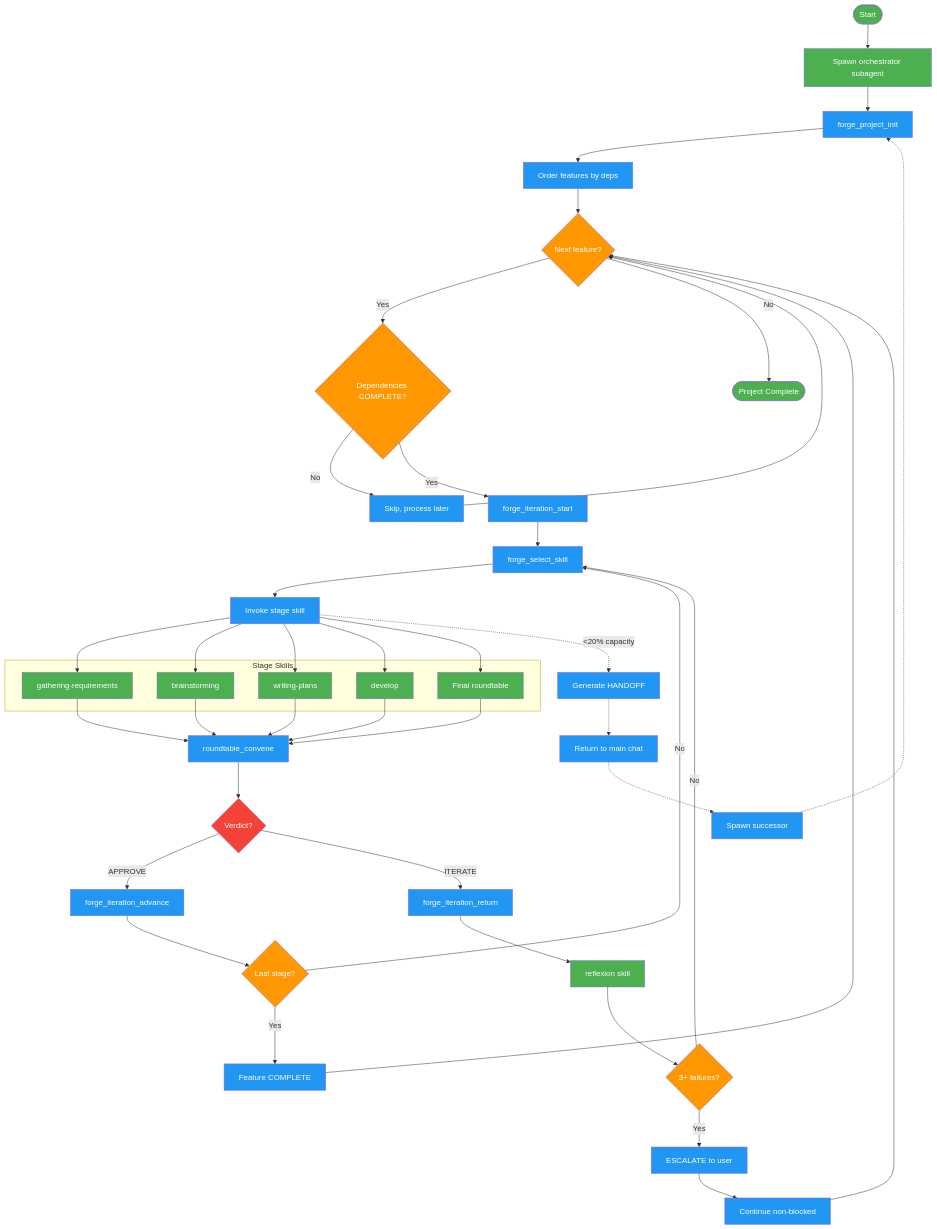
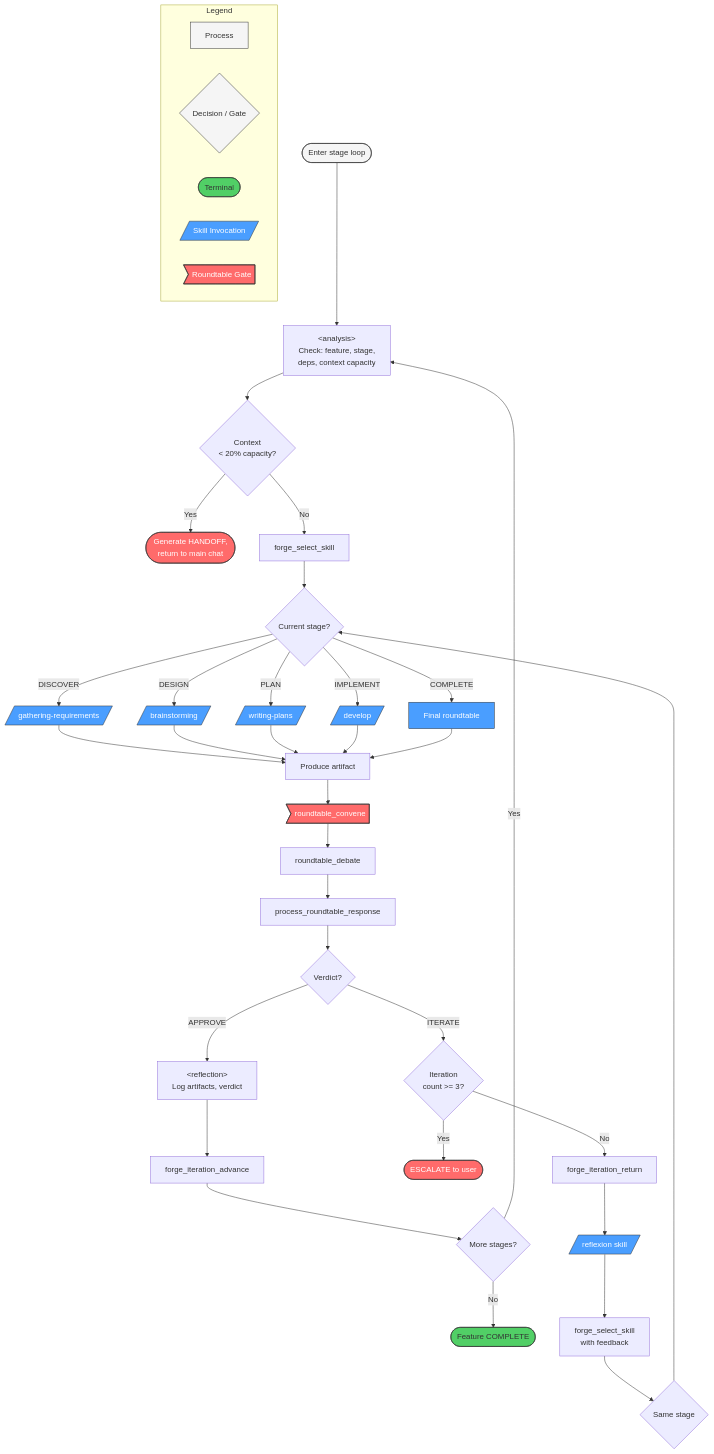
The second of 3 diagrams in docs/diagrams/skills/autonomous-roundtable.md (axiomantic/spellbook), drawn with Mermaid before and after one commit. The commit also changed other lines of this file and 217 other files, not shown here.

First line of the commit message:
Redesign develop skill execution model, add scope drift detection and dispatch enforcement

````diff
--- a/docs/diagrams/skills/autonomous-roundtable.md
+++ b/docs/diagrams/skills/autonomous-roundtable.md
@@ -6,92 +51,65 @@
 ```mermaid
-flowchart TD
-    Start([Start]) --> SpawnSub["Spawn orchestrator subagent"]
-    SpawnSub --> InitProject["forge_project_init"]
-    InitProject --> DepOrder["Order features by deps"]
-    DepOrder --> NextFeature{Next feature?}
-
-    NextFeature -->|Yes| CheckDeps{Dependencies COMPLETE?}
-    NextFeature -->|No| ProjectDone([Project Complete])
-
-    CheckDeps -->|No| SkipFeature["Skip, process later"]
-    CheckDeps -->|Yes| IterStart["forge_iteration_start"]
-    SkipFeature --> NextFeature
-
-    IterStart --> SelectSkill["forge_select_skill"]
-    SelectSkill --> InvokeSkill["Invoke stage skill"]
-
-    subgraph Stages["Stage Skills"]
-        Discover["gathering-requirements"]
-        Design["brainstorming"]
-        Plan["writing-plans"]
-        Implement["develop"]
-        Complete["Final roundtable"]
+graph TD
+    subgraph Legend
+        L1[Process]
+        L2{Decision / Gate}
+        L3([Terminal])
+        L4[/Skill Invocation/]
+        LG>Roundtable Gate]
+        style L1 fill:#f5f5f5,stroke:#333
+        style L2 fill:#f5f5f5,stroke:#333
+        style L3 fill:#51cf66,stroke:#333
+        style L4 fill:#4a9eff,stroke:#333,color:#fff
+        style LG fill:#ff6b6b,stroke:#333,color:#fff
     end
 
-    InvokeSkill --> Discover
-    InvokeSkill --> Design
-    InvokeSkill --> Plan
-    InvokeSkill --> Implement
-    InvokeSkill --> Complete
+    ENTRY([Enter stage loop]) --> ANALYSIS["&lt;analysis&gt;<br>Check: feature, stage,<br>deps, context capacity"]
+    ANALYSIS --> CTX_CHECK{Context<br>< 20% capacity?}
 
-    Discover --> Roundtable
-    Design --> Roundtable
-    Plan --> Roundtable
-    Implement --> Roundtable
-    Complete --> Roundtable
+    CTX_CHECK -->|Yes| HANDOFF([Generate HANDOFF,<br>return to main chat])
+    CTX_CHECK -->|No| SELECT[forge_select_skill]
 
-    Roundtable["roundtable_convene"]
-    Roundtable --> Verdict{Verdict?}
+    SELECT --> STAGE{Current stage?}
+    STAGE -->|DISCOVER| S1[/gathering-requirements/]
+    STAGE -->|DESIGN| S2[/brainstorming/]
+    STAGE -->|PLAN| S3[/writing-plans/]
+    STAGE -->|IMPLEMENT| S4[/develop/]
+    STAGE -->|COMPLETE| S5[Final roundtable]
 
-    Verdict -->|APPROVE| Advance["forge_iteration_advance"]
-    Verdict -->|ITERATE| IterReturn["forge_iteration_return"]
+    S1 --> ARTIFACT[Produce artifact]
+    S2 --> ARTIFACT
+    S3 --> ARTIFACT
+    S4 --> ARTIFACT
+    S5 --> ARTIFACT
 
-    Advance --> LastStage{Last stage?}
-    LastStage -->|No| SelectSkill
-    LastStage -->|Yes| FeatureDone["Feature COMPLETE"]
-    FeatureDone --> NextFeature
+    ARTIFACT --> RT>roundtable_convene]
+    RT --> DEBATE[roundtable_debate]
+    DEBATE --> PROCESS[process_roundtable_response]
+    PROCESS --> VERDICT{Verdict?}
 
-    IterReturn --> Reflexion["reflexion skill"]
-    Reflexion --> FailCount{3+ failures?}
-    FailCount -->|Yes| Escalate["ESCALATE to user"]
-    FailCount -->|No| SelectSkill
+    VERDICT -->|APPROVE| REFLECT["&lt;reflection&gt;<br>Log artifacts, verdict"]
+    REFLECT --> ADVANCE[forge_iteration_advance]
+    ADVANCE --> NEXT_STAGE{More stages?}
+    NEXT_STAGE -->|Yes| ANALYSIS
+    NEXT_STAGE -->|No| FEATURE_DONE([Feature COMPLETE])
 
-    Escalate --> ContinueOthers["Continue non-blocked"]
-    ContinueOthers --> NextFeature
+    VERDICT -->|ITERATE| FAIL_COUNT{Iteration<br>count >= 3?}
+    FAIL_COUNT -->|Yes| ESCALATE_OUT([ESCALATE to user])
+    FAIL_COUNT -->|No| RETURN[forge_iteration_return]
+    RETURN --> REFLEXION[/reflexion skill/]
+    REFLEXION --> RESELECT[forge_select_skill<br>with feedback]
+    RESELECT --> RETRY_STAGE{Same stage}
+    RETRY_STAGE --> STAGE
 
-    %% Context overflow
-    InvokeSkill -.->|"<20% capacity"| Handoff["Generate HANDOFF"]
-    Handoff -.-> ReturnMain["Return to main chat"]
-    ReturnMain -.-> SpawnSuccessor["Spawn successor"]
-    SpawnSuccessor -.-> InitProject
-
-    style Start fill:#4CAF50,color:#fff
-    style ProjectDone fill:#4CAF50,color:#fff
-    style SpawnSub fill:#4CAF50,color:#fff
-    style Discover fill:#4CAF50,color:#fff
-    style Design fill:#4CAF50,color:#fff
-    style Plan fill:#4CAF50,color:#fff
-    style Implement fill:#4CAF50,color:#fff
-    style Complete fill:#4CAF50,color:#fff
-    style Reflexion fill:#4CAF50,color:#fff
-    style InitProject fill:#2196F3,color:#fff
-    style DepOrder fill:#2196F3,color:#fff
-    style SkipFeature fill:#2196F3,color:#fff
-    style IterStart fill:#2196F3,color:#fff
-    style SelectSkill fill:#2196F3,color:#fff
-    style InvokeSkill fill:#2196F3,color:#fff
-    style Roundtable fill:#2196F3,color:#fff
-    style Advance fill:#2196F3,color:#fff
-    style IterReturn fill:#2196F3,color:#fff
-    style FeatureDone fill:#2196F3,color:#fff
-    style Escalate fill:#2196F3,color:#fff
-    style ContinueOthers fill:#2196F3,color:#fff
-    style Handoff fill:#2196F3,color:#fff
-    style ReturnMain fill:#2196F3,color:#fff
-    style SpawnSuccessor fill:#2196F3,color:#fff
-    style NextFeature fill:#FF9800,color:#fff
-    style CheckDeps fill:#FF9800,color:#fff
-    style LastStage fill:#FF9800,color:#fff
-    style FailCount fill:#FF9800,color:#fff
-    style Verdict fill:#f44336,color:#fff
+    style ENTRY fill:#f5f5f5,stroke:#333
+    style HANDOFF fill:#ff6b6b,stroke:#333,color:#fff
+    style FEATURE_DONE fill:#51cf66,stroke:#333
+    style ESCALATE_OUT fill:#ff6b6b,stroke:#333,color:#fff
+    style RT fill:#ff6b6b,stroke:#333,color:#fff
+    style S1 fill:#4a9eff,stroke:#333,color:#fff
+    style S2 fill:#4a9eff,stroke:#333,color:#fff
+    style S3 fill:#4a9eff,stroke:#333,color:#fff
+    style S4 fill:#4a9eff,stroke:#333,color:#fff
+    style S5 fill:#4a9eff,stroke:#333,color:#fff
+    style REFLEXION fill:#4a9eff,stroke:#333,color:#fff
 ```
````
